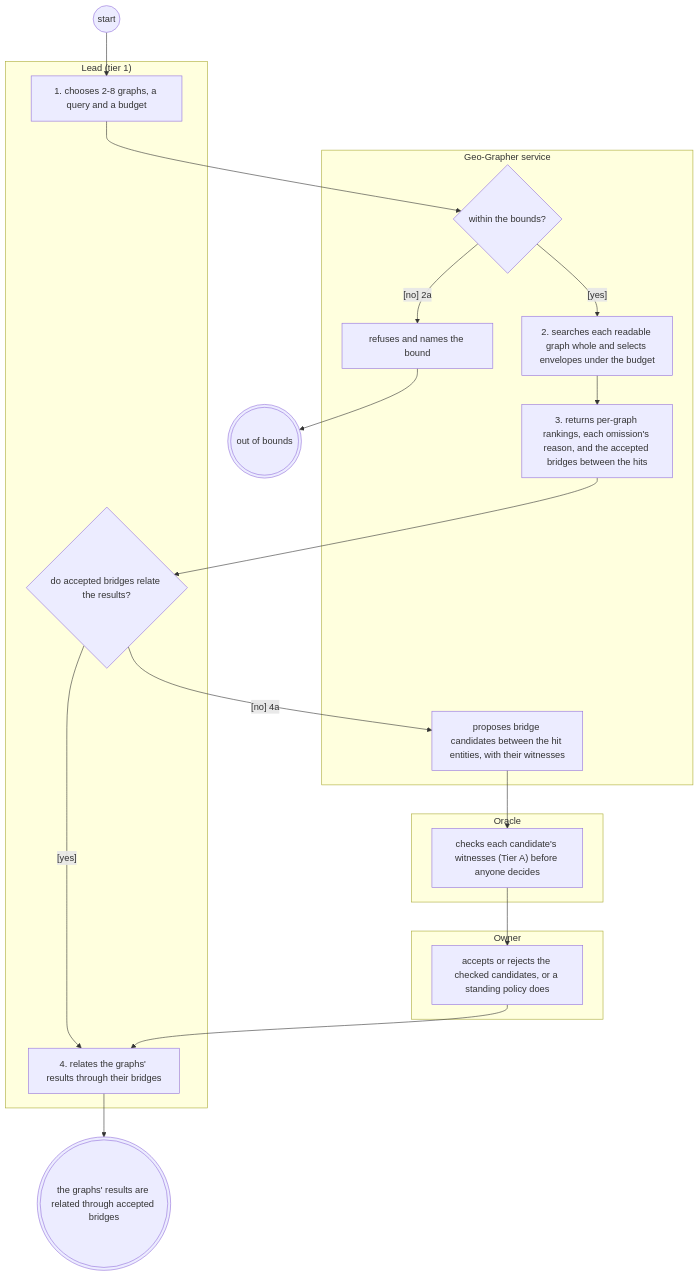
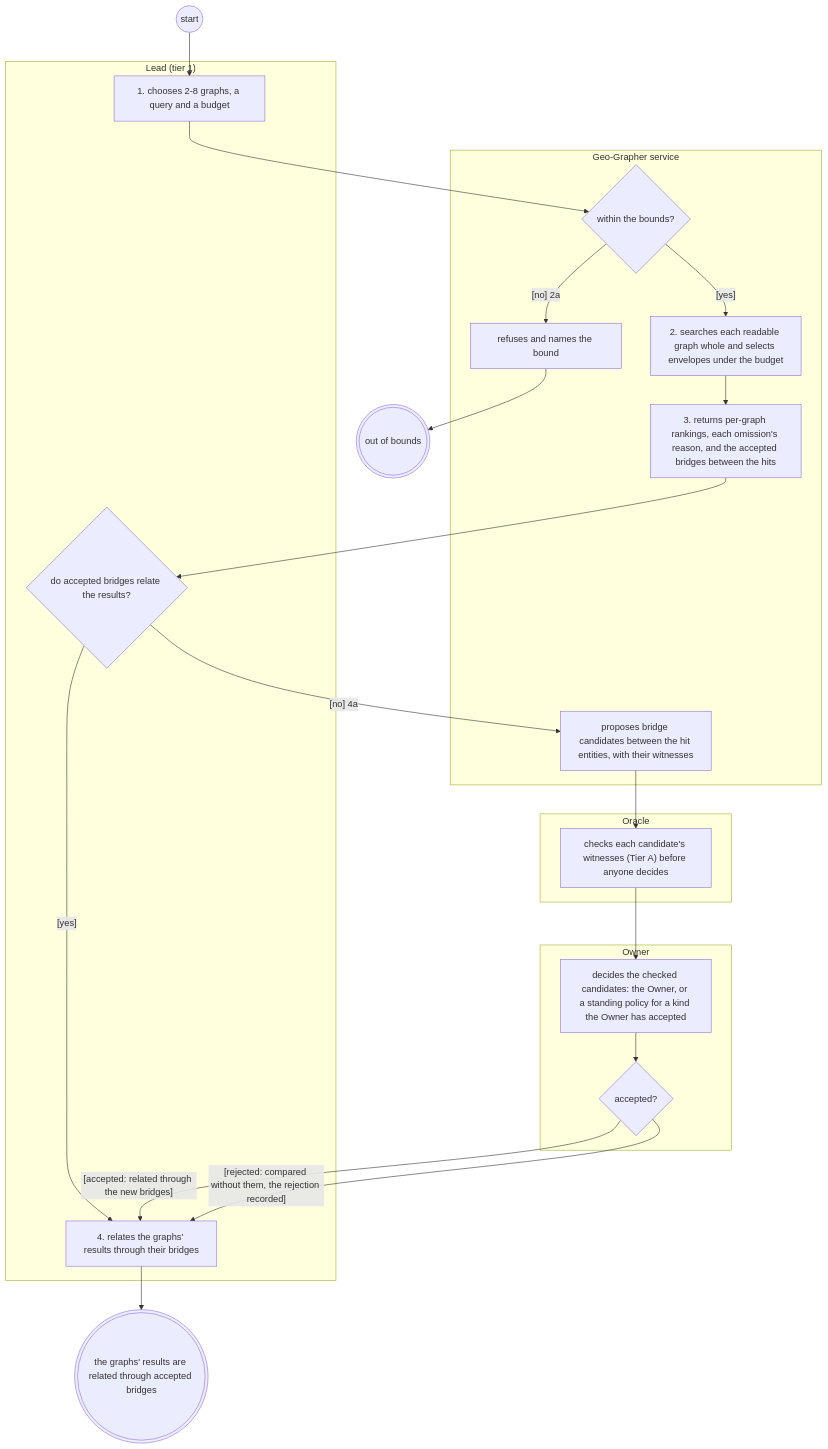
The diagram in reports/2026-11-25-systems-analysis-finalisation/geo-grapher/to-be/views/federated-search.views.md (Jake36999/Librarian_V2), drawn with Mermaid before and after one commit. The commit also changed other lines of this file and 51 other files, not shown here.

````diff
--- a/reports/2026-11-25-systems-analysis-finalisation/geo-grapher/to-be/views/federated-search.views.md
+++ b/reports/2026-11-25-systems-analysis-finalisation/geo-grapher/to-be/views/federated-search.views.md
@@ -48,38 +51,41 @@
 ```mermaid
 flowchart TD
   subgraph Owner["Owner"]
-    decide["accepts or rejects the checked candidates, or a standing policy does"]
+    decide["decides the checked candidates: the Owner, or a standing policy for a kind the Owner has accepted"]
+    ddecide{"accepted?"}
   end
   subgraph Lead_tier_1_["Lead (tier 1)"]
     choose["1. chooses 2-8 graphs, a query and a budget"]
     dbridged{"do accepted bridges relate the results?"}
     compare["4. relates the graphs' results through their bridges"]
   end
   subgraph Geo_Grapher_service["Geo-Grapher service"]
     dvalid{"within the bounds?"}
     invalid["refuses and names the bound"]
     search["2. searches each readable graph whole and selects envelopes under the budget"]
     answer["3. returns per-graph rankings, each omission's reason, and the accepted bridges between the hits"]
     propose["proposes bridge candidates between the hit entities, with their witnesses"]
   end
   subgraph Oracle["Oracle"]
     check["checks each candidate's witnesses (Tier A) before anyone decides"]
   end
   s(("start"))
   e1((("the graphs' results are related through accepted bridges")))
   e_refused((("out of bounds")))
   s --> choose
   choose --> dvalid
   dvalid -->|"[yes]"| search
   dvalid -->|"[no] 2a"| invalid
   invalid --> e_refused
   search --> answer
   answer --> dbridged
   dbridged -->|"[yes]"| compare
   dbridged -->|"[no] 4a"| propose
   propose --> check
   check --> decide
-  decide --> compare
+  decide --> ddecide
   compare --> e1
+  ddecide -->|"[accepted: related through the new bridges]"| compare
+  ddecide -->|"[rejected: compared without them, the rejection recorded]"| compare
   classDef ext stroke:#d9534f,stroke-width:2px
 ```
````
